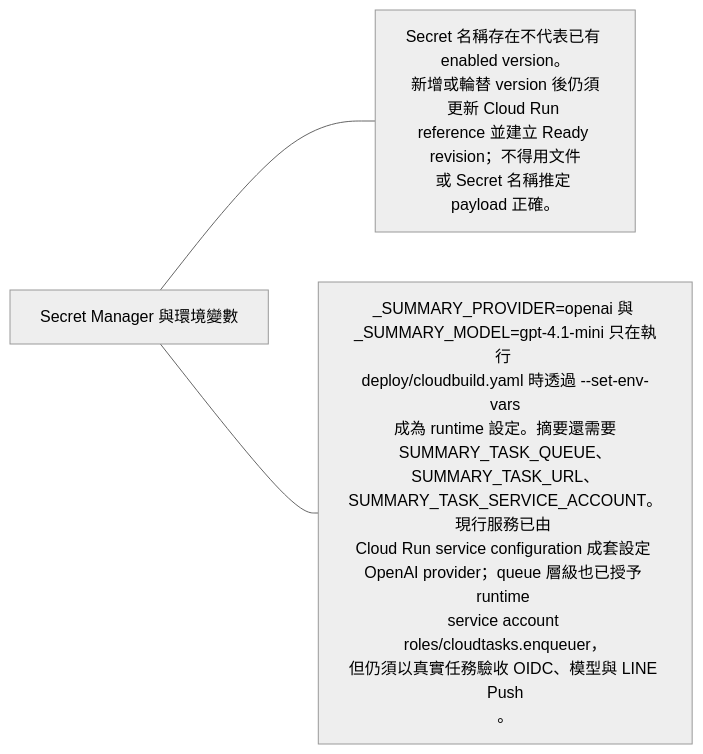
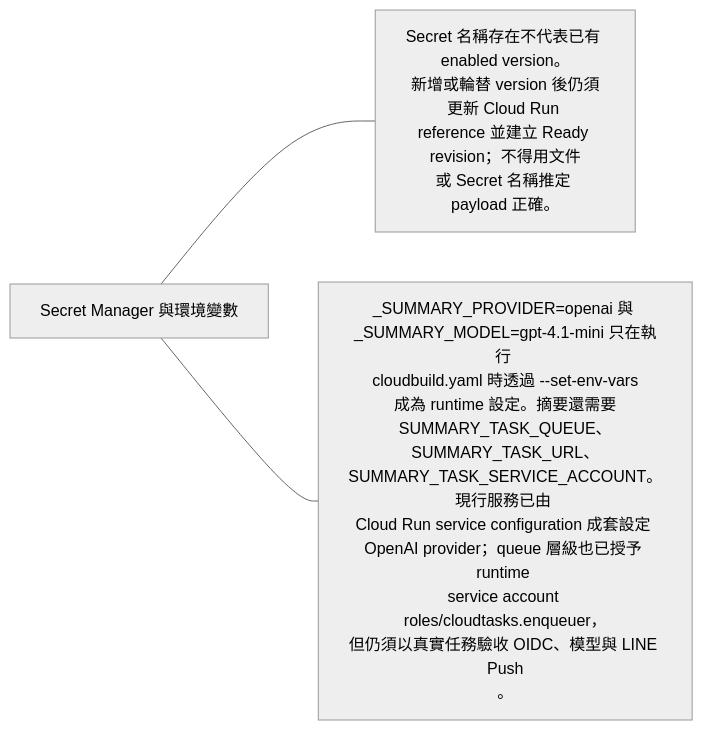
The third of 5 diagrams in docs/operations/configuration.md (963sup/line-mini-app-bot), drawn with Mermaid (neutral theme) before and after one commit. The commit also changed other lines of this file and 22 other files, not shown here.

````diff
--- a/docs/operations/configuration.md
+++ b/docs/operations/configuration.md
@@ -27,6 +29,6 @@
 ```mermaid
 flowchart LR
   h["Secret Manager 與環境變數"]
   h --- n0["Secret 名稱存在不代表已有 enabled version。<br/>新增或輪替 version 後仍須更新 Cloud Run <br/>reference 並建立 Ready revision；不得用文件<br/>或 Secret 名稱推定 payload 正確。"]
-  h --- n1["_SUMMARY_PROVIDER=openai 與 <br/>_SUMMARY_MODEL=gpt-4.1-mini 只在執行 <br/>deploy/cloudbuild.yaml 時透過 --set-env-vars<br/> 成為 runtime 設定。摘要還需要 <br/>SUMMARY_TASK_QUEUE、SUMMARY_TASK_URL、<br/>SUMMARY_TASK_SERVICE_ACCOUNT。現行服務已由 <br/>Cloud Run service configuration 成套設定 <br/>OpenAI provider；queue 層級也已授予 runtime <br/>service account roles/cloudtasks.enqueuer，<br/>但仍須以真實任務驗收 OIDC、模型與 LINE Push<br/>。"]
+  h --- n1["_SUMMARY_PROVIDER=openai 與 <br/>_SUMMARY_MODEL=gpt-4.1-mini 只在執行 <br/>cloudbuild.yaml 時透過 --set-env-vars<br/> 成為 runtime 設定。摘要還需要 <br/>SUMMARY_TASK_QUEUE、SUMMARY_TASK_URL、<br/>SUMMARY_TASK_SERVICE_ACCOUNT。現行服務已由 <br/>Cloud Run service configuration 成套設定 <br/>OpenAI provider；queue 層級也已授予 runtime <br/>service account roles/cloudtasks.enqueuer，<br/>但仍須以真實任務驗收 OIDC、模型與 LINE Push<br/>。"]
 ```
````
